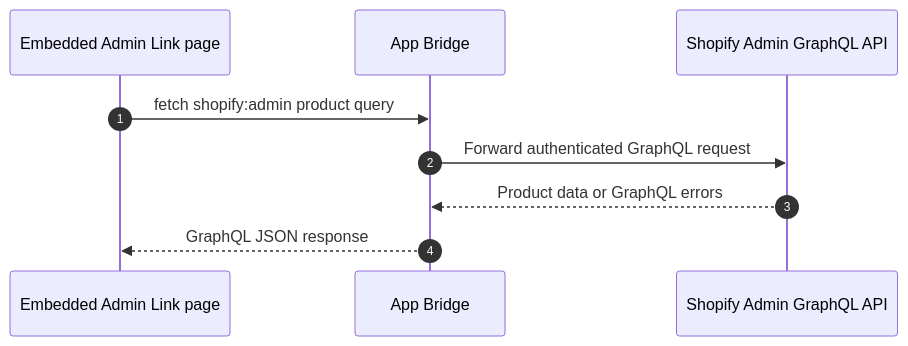
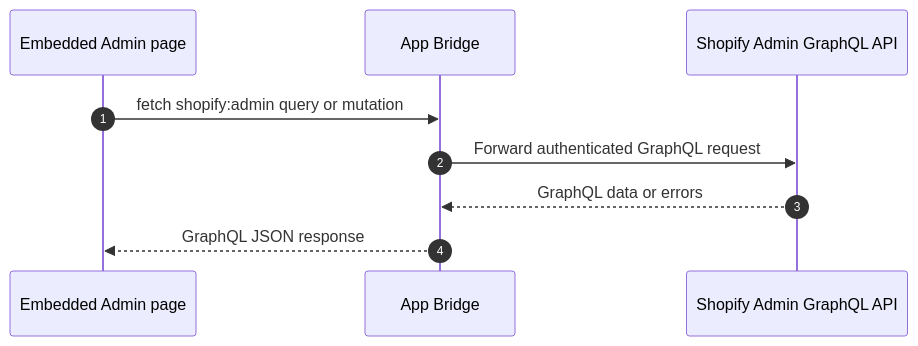
The fourth of 7 diagrams in docs/ARCHITECTURE.md (shopify-apac-ts/shopify-barebone-app-sample), drawn with Mermaid before and after one commit. The commit also changed other lines of this file and 7 other files, not shown here.

Commit message:
Document Direct API setup flows

````diff
--- a/docs/ARCHITECTURE.md
+++ b/docs/ARCHITECTURE.md
@@ -131,12 +131,12 @@
 ```mermaid
 sequenceDiagram
     autonumber
-    participant Browser as Embedded Admin Link page
+    participant Browser as Embedded Admin page
     participant Bridge as App Bridge
     participant API as Shopify Admin GraphQL API
 
-    Browser->>Bridge: fetch shopify:admin product query
+    Browser->>Bridge: fetch shopify:admin query or mutation
     Bridge->>API: Forward authenticated GraphQL request
-    API-->>Bridge: Product data or GraphQL errors
+    API-->>Bridge: GraphQL data or errors
     Bridge-->>Browser: GraphQL JSON response
 ```
````
